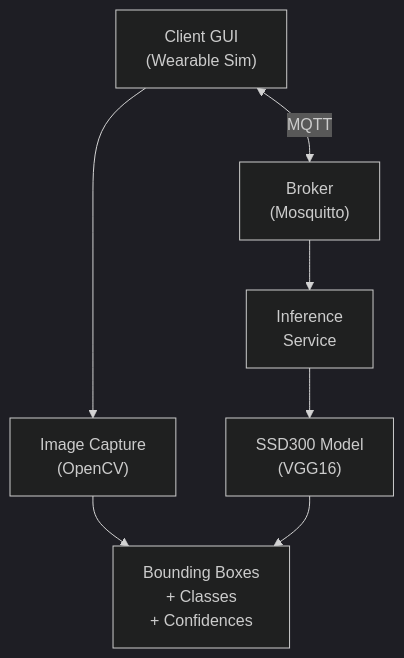
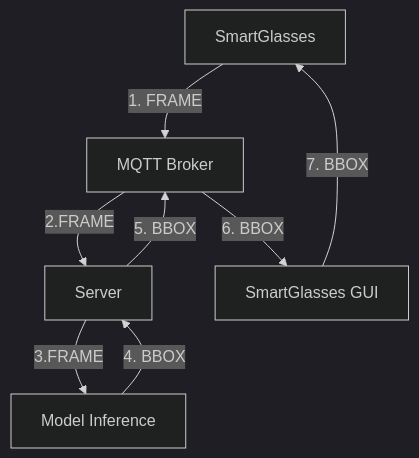
The first of 5 diagrams in README.md (riccardosemeraro/B.O.S.S.-Branch-Bellusci-SSD300-VGG16), drawn with Mermaid (dark theme) before and after one commit. The commit also changed other lines of this file and 2 other files, not shown here.

````diff
--- a/README.md
+++ b/README.md
@@ -172,20 +114,7 @@
 ```mermaid
 flowchart TB
 
-Client["Client GUI<br/>(Wearable Sim)"] <--> |MQTT| Broker["Broker<br/>(Mosquitto)"]
-
-  
-
-Client --> Capture["Image Capture<br/>(OpenCV)"]
-
-Broker --> Inference["Inference<br/>Service"]
-
-  
-
-Capture --> Output["Bounding Boxes<br/>+ Classes<br/>+ Confidences"]
-
-Inference --> Model["SSD300 Model<br/>(VGG16)"]
-
-Model --> Output
+Client["SmartGlasses"] --> |"1. FRAME"| Broker["MQTT Broker"] --> |"2.FRAME"| Server["Server"] --> |"3.FRAME"| Inference["Model Inference"] --> |"4. BBOX"| Server --> |"5. BBOX"| Broker --> |"6. BBOX"| SmartGlasses["SmartGlasses GUI"]
+SmartGlasses --> |"7. BBOX"| Client
 
 ```
````
